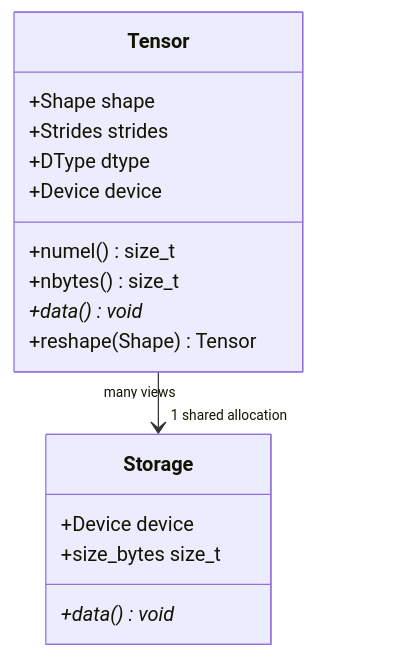
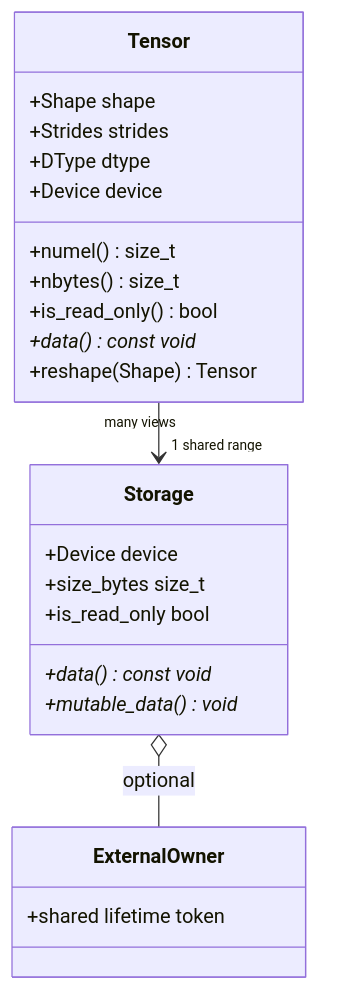
One commit to parthpandya5/helix-runtime changed the third of 13 diagrams in docs/ARCHITECTURE.md. Above: the diagram before and after it, drawn with Mermaid. The commit also changed other lines of this file and 10 other files, not shown here.

````diff
--- a/docs/ARCHITECTURE.md
+++ b/docs/ARCHITECTURE.md
@@ -140,19 +140,26 @@
 ```mermaid
 classDiagram
     class Tensor {
       +Shape shape
       +Strides strides
       +DType dtype
       +Device device
       +numel() size_t
       +nbytes() size_t
-      +data() void*
+      +is_read_only() bool
+      +data() const void*
       +reshape(Shape) Tensor
     }
     class Storage {
       +Device device
       +size_bytes size_t
-      +data() void*
+      +is_read_only bool
+      +data() const void*
+      +mutable_data() void*
     }
-    Tensor "many views" --> "1 shared allocation" Storage
+    class ExternalOwner {
+      +shared lifetime token
+    }
+    Tensor "many views" --> "1 shared range" Storage
+    Storage o-- ExternalOwner : optional
 ```
````
